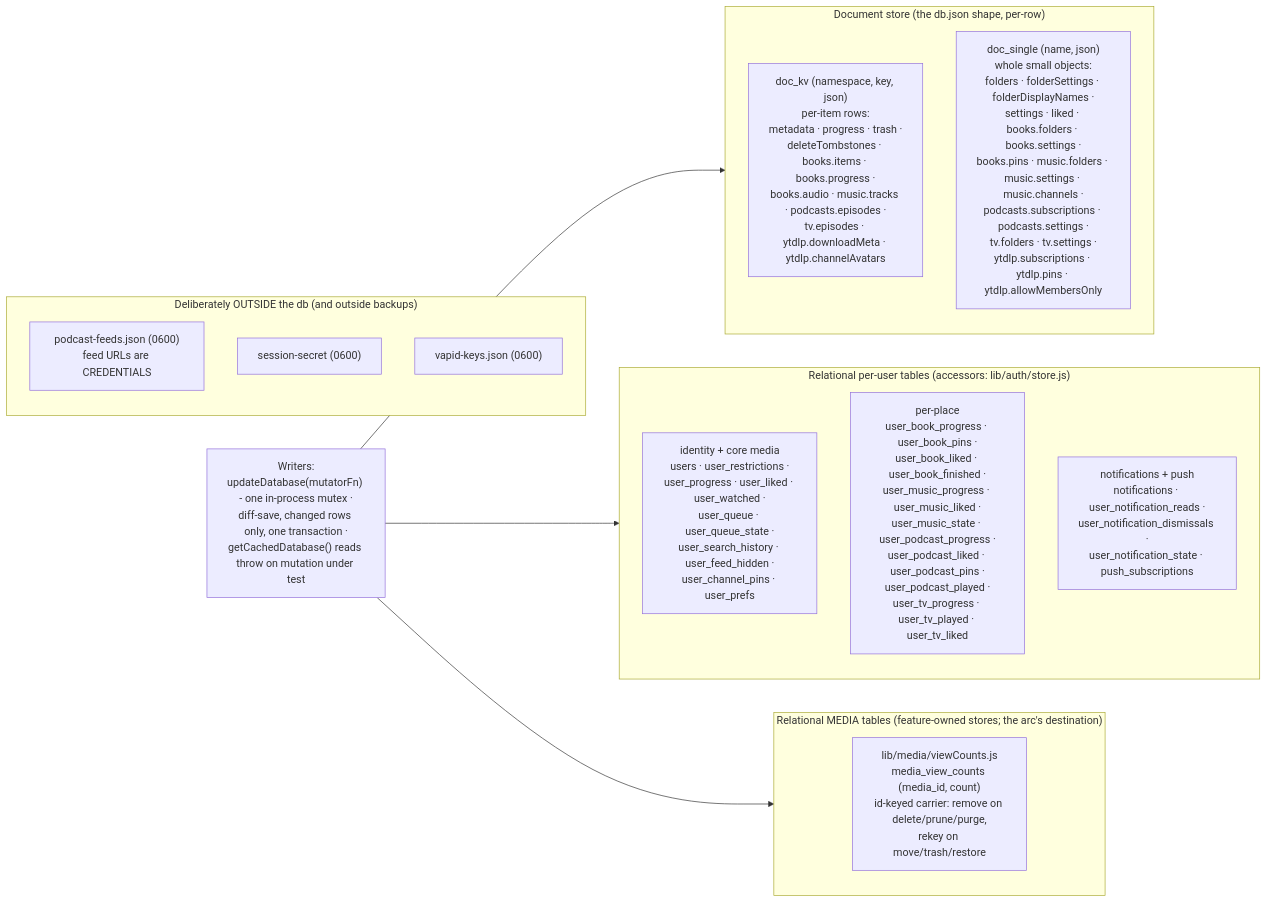
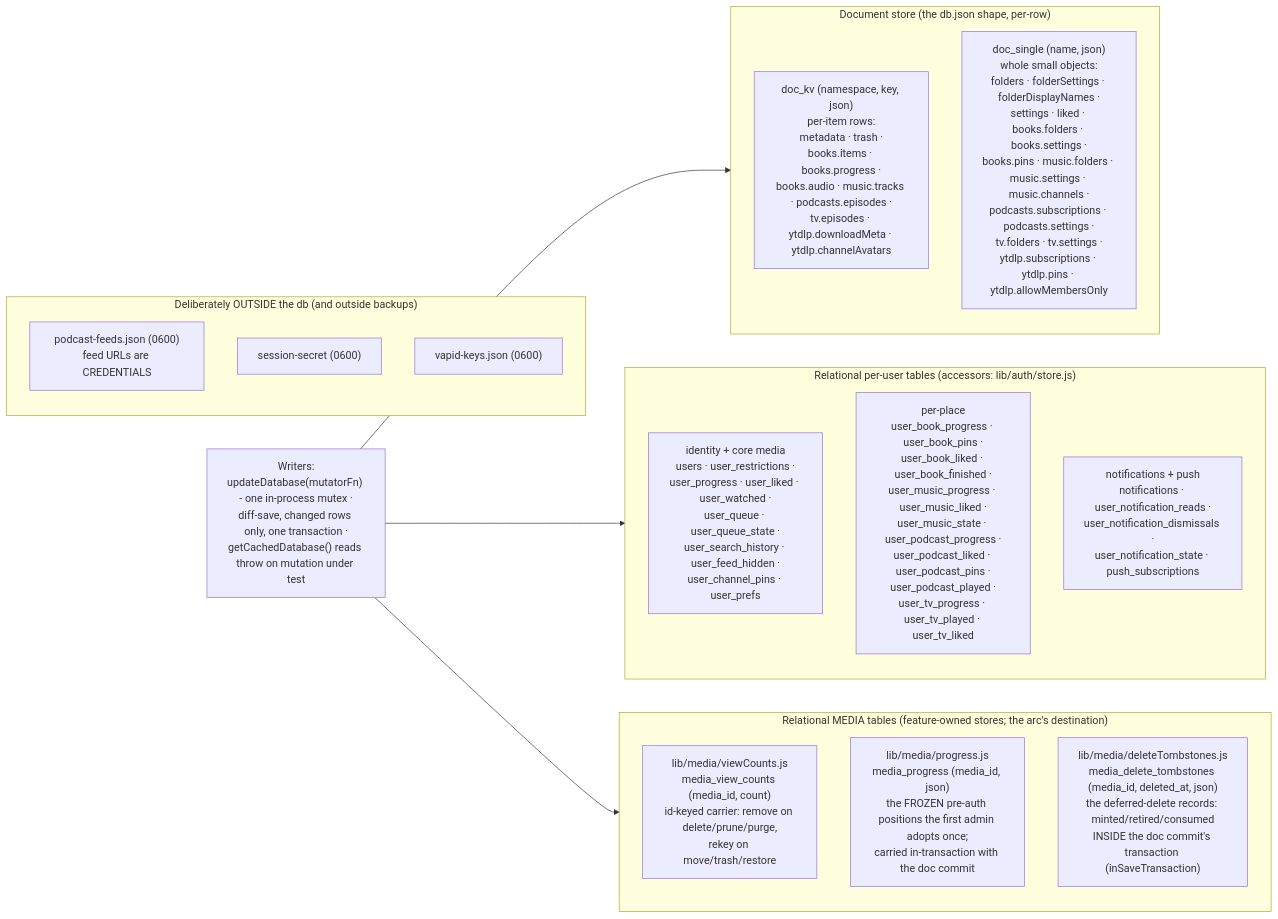
The second of 6 diagrams in docs/DIAGRAMS.md (dtammam/filetube), drawn with Mermaid before and after one commit. The commit also changed other lines of this file and 119 other files, not shown here.

````diff
--- a/docs/DIAGRAMS.md
+++ b/docs/DIAGRAMS.md
@@ -101,29 +101,31 @@
 ```mermaid
 flowchart LR
     subgraph DOC["Document store (the db.json shape, per-row)"]
-        KV["doc_kv (namespace, key, json)<br/>per-item rows:<br/>metadata · progress · trash ·<br/>deleteTombstones · books.items · books.progress ·<br/>books.audio · music.tracks · podcasts.episodes ·<br/>tv.episodes · ytdlp.downloadMeta · ytdlp.channelAvatars"]
+        KV["doc_kv (namespace, key, json)<br/>per-item rows:<br/>metadata · trash ·<br/>books.items · books.progress ·<br/>books.audio · music.tracks · podcasts.episodes ·<br/>tv.episodes · ytdlp.downloadMeta · ytdlp.channelAvatars"]
         SINGLE["doc_single (name, json)<br/>whole small objects:<br/>folders · folderSettings · folderDisplayNames ·<br/>settings · liked · books.folders · books.settings ·<br/>books.pins · music.folders · music.settings · music.channels ·<br/>podcasts.subscriptions · podcasts.settings ·<br/>tv.folders · tv.settings ·<br/>ytdlp.subscriptions · ytdlp.pins · ytdlp.allowMembersOnly"]
     end
 
     subgraph REL["Relational per-user tables (accessors: lib/auth/store.js)"]
         CORE["identity + core media<br/>users · user_restrictions ·<br/>user_progress · user_liked · user_watched ·<br/>user_queue · user_queue_state ·<br/>user_search_history · user_feed_hidden ·<br/>user_channel_pins · user_prefs"]
         PLACEST["per-place<br/>user_book_progress · user_book_pins ·<br/>user_book_liked · user_book_finished ·<br/>user_music_progress · user_music_liked ·<br/>user_music_state · user_podcast_progress ·<br/>user_podcast_liked · user_podcast_pins ·<br/>user_podcast_played ·<br/>user_tv_progress · user_tv_played · user_tv_liked"]
         NOTIF["notifications + push<br/>notifications · user_notification_reads ·<br/>user_notification_dismissals ·<br/>user_notification_state · push_subscriptions"]
     end
 
     subgraph MEDIA["Relational MEDIA tables (feature-owned stores; the arc's destination)"]
         VC["lib/media/viewCounts.js<br/>media_view_counts (media_id, count)<br/>id-keyed carrier: remove on delete/prune/purge,<br/>rekey on move/trash/restore"]
+        PR["lib/media/progress.js<br/>media_progress (media_id, json)<br/>the FROZEN pre-auth positions the first admin adopts once;<br/>carried in-transaction with the doc commit"]
+        DT["lib/media/deleteTombstones.js<br/>media_delete_tombstones (media_id, deleted_at, json)<br/>the deferred-delete records: minted/retired/consumed<br/>INSIDE the doc commit's transaction (inSaveTransaction)"]
     end
 
     subgraph OUT["Deliberately OUTSIDE the db (and outside backups)"]
         FEEDS["podcast-feeds.json (0600)<br/>feed URLs are CREDENTIALS"]
         SS["session-secret (0600)"]
         VAPID["vapid-keys.json (0600)"]
     end
 
     WRITERS["Writers:<br/>updateDatabase(mutatorFn) - one in-process mutex ·<br/>diff-save, changed rows only, one transaction ·<br/>getCachedDatabase() reads throw on mutation under test"]
 
     WRITERS --> DOC
     WRITERS --> REL
     WRITERS --> MEDIA
 ```
````
